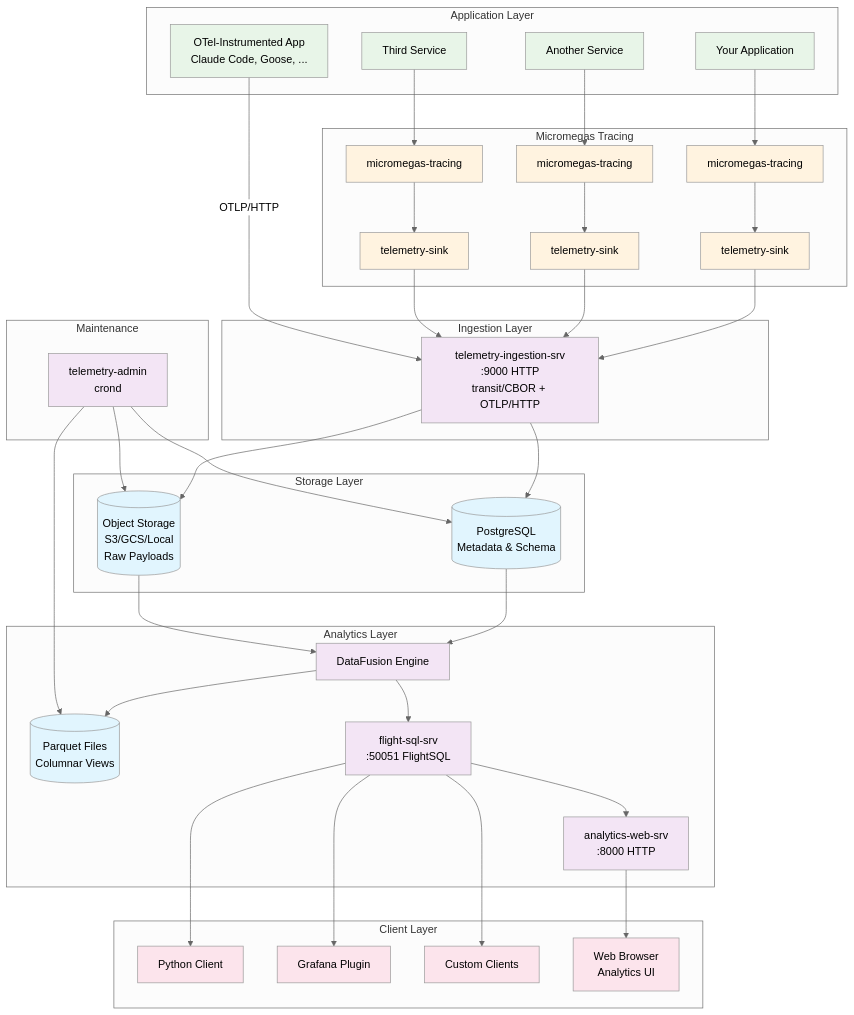
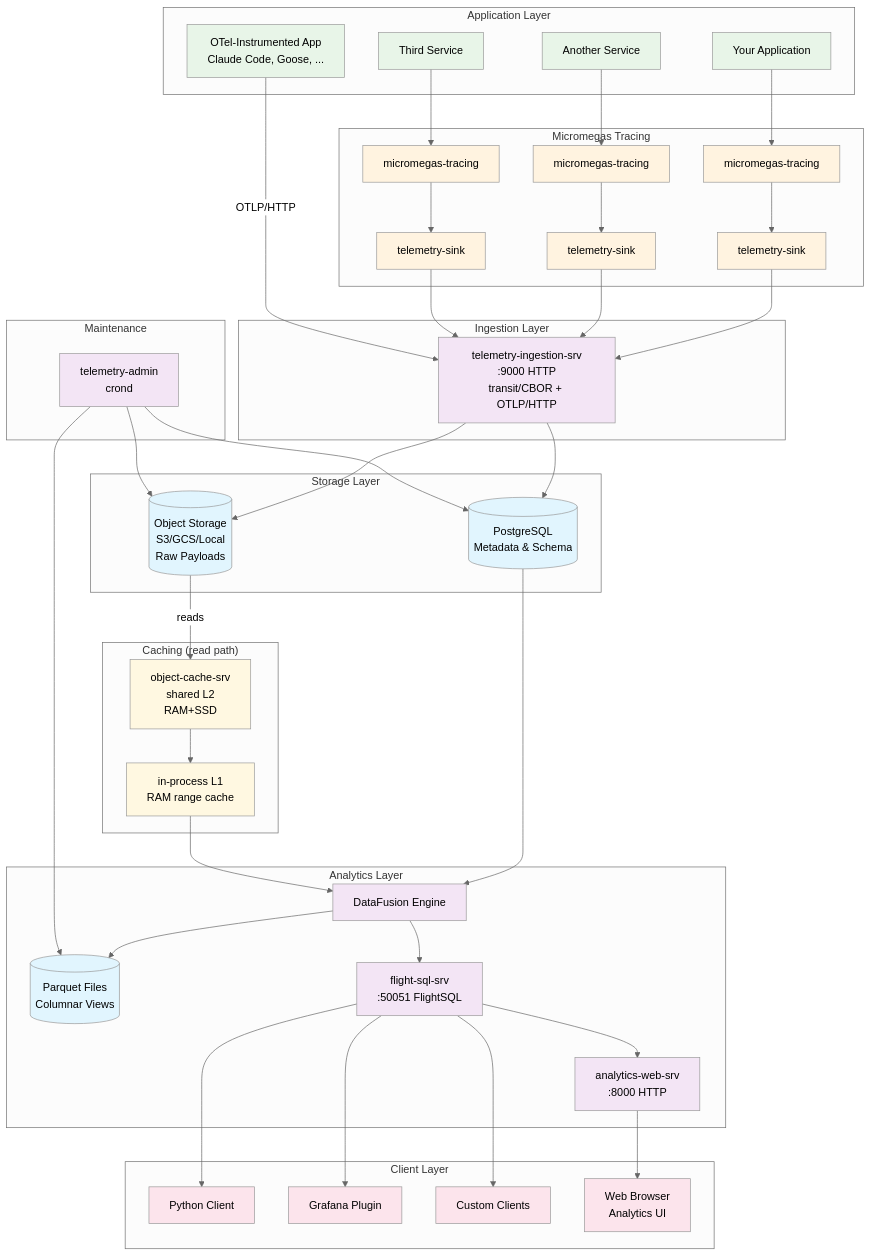
The first of 3 diagrams in mkdocs/docs/architecture/index.md (madesroches/micromegas), drawn with Mermaid (neutral theme) before and after one commit. The commit also changed other lines of this file and 25 other files, not shown here.

First line of the commit message:
docs: add caching architecture page and per-service admin guides (#1267)

````diff
--- a/mkdocs/docs/architecture/index.md
+++ b/mkdocs/docs/architecture/index.md
@@ -29,6 +29,11 @@
     subgraph "Storage Layer"
         PG[(PostgreSQL<br/>Metadata & Schema)]
         S3[(Object Storage<br/>S3/GCS/Local<br/>Raw Payloads)]
+    end
+    
+    subgraph "Caching (read path)"
+        L2[object-cache-srv<br/>shared L2<br/>RAM+SSD]
+        L1[in-process L1<br/>RAM range cache]
     end
     
     subgraph "Maintenance"
@@ -65,7 +70,9 @@
     Ingestion --> S3
     
     PG --> DataFusion
-    S3 --> DataFusion
+    S3 -->|reads| L2
+    L2 --> L1
+    L1 --> DataFusion
     DataFusion --> Parquet
     DataFusion --> FlightSQL
     
@@ -84,10 +91,12 @@
     classDef service fill:#f3e5f5
     classDef storage fill:#e1f5fe
     classDef client fill:#fce4ec
+    classDef cache fill:#fff8e1
     
     class App1,App2,App3,Otel app
     class Lib1,Lib2,Lib3,Sink1,Sink2,Sink3 tracing
     class Ingestion,FlightSQL,DataFusion,Admin,WebApp service
     class PG,S3,Parquet storage
+    class L1,L2 cache
     class PyClient,Grafana,Custom,Browser client
 ```
````
